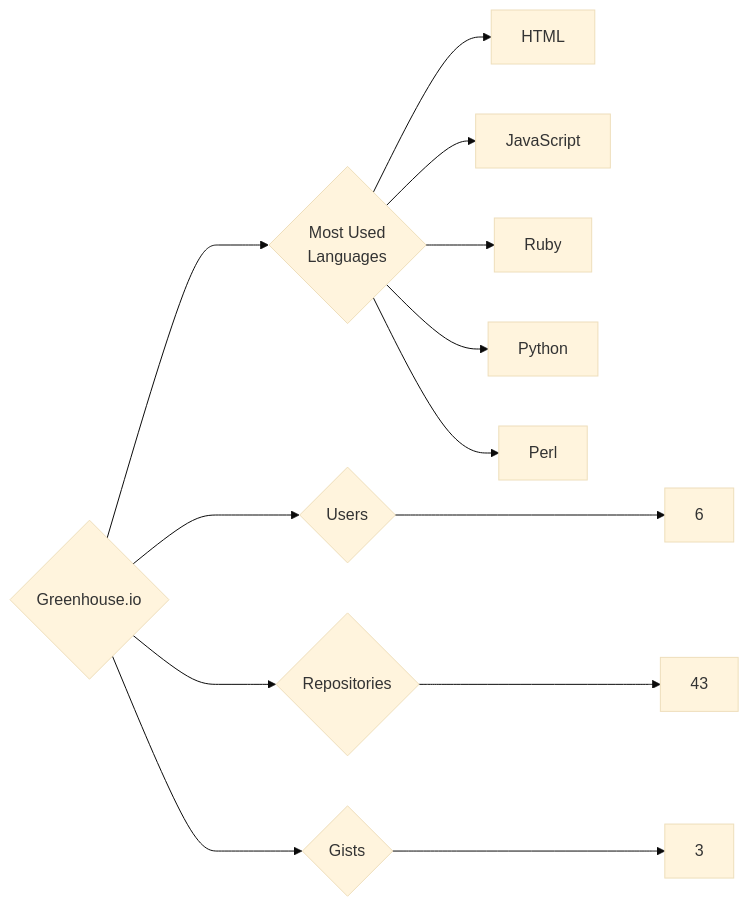
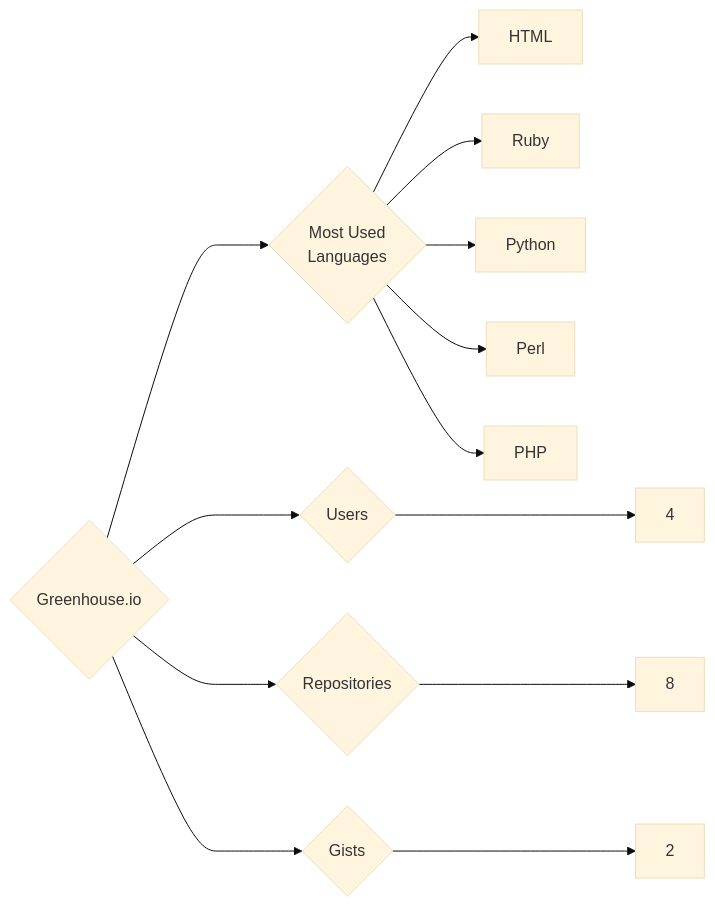
One commit to trickest/insiders changed the diagram in targets/Greenhouse.io/README.md. Above: the diagram before and after it, drawn with Mermaid (base theme). The commit also changed 873 other files, not shown here.

````diff
--- a/targets/Greenhouse.io/README.md
+++ b/targets/Greenhouse.io/README.md
@@ -3,13 +3,13 @@
 ```mermaid
 graph LR
 COMPANY_NAME{Greenhouse.io}
-COMPANY_NAME ---> U{Users} ---> UN[6]
-COMPANY_NAME ---> R{Repositories} ---> RN[43]
-COMPANY_NAME ---> G{Gists} ---> GN[3]
+COMPANY_NAME ---> U{Users} ---> UN[4]
+COMPANY_NAME ---> R{Repositories} ---> RN[8]
+COMPANY_NAME ---> G{Gists} ---> GN[2]
 COMPANY_NAME ---> ML{Most Used<br>Languages}
 ML --> HTML[HTML]
-ML --> JavaScript[JavaScript]
 ML --> Ruby[Ruby]
 ML --> Python[Python]
 ML --> Perl[Perl]
+ML --> PHP[PHP]
 ```
````
